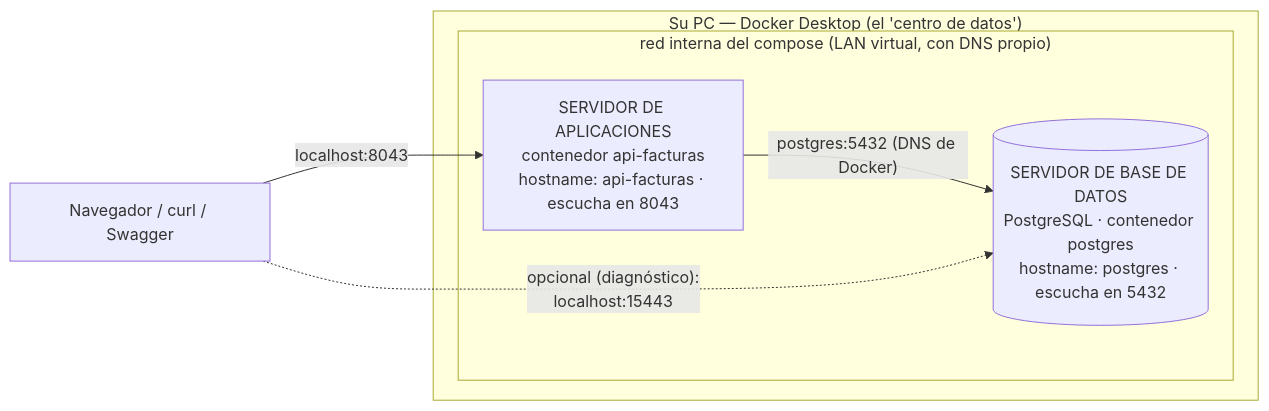
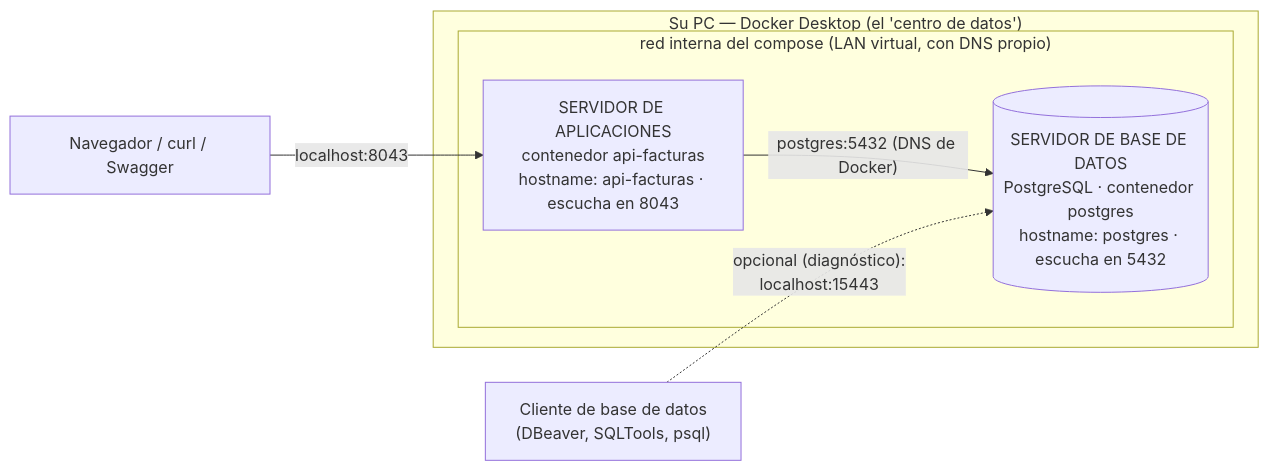
One commit to ccastro2050/proyecto_construccion_de_software2 changed the first of 2 diagrams in docs/CONCEPTOS_DOCKER.md. Above: the diagram before and after it, drawn with Mermaid. The commit also changed other lines of this file, not shown here.

First line of the commit message:
docs(docker): el diagrama sale del docker-compose real, y ninguna flecha miente

````diff
--- a/docs/CONCEPTOS_DOCKER.md
+++ b/docs/CONCEPTOS_DOCKER.md
@@ -193,13 +193,14 @@
 ```mermaid
 flowchart LR
     NAV["Navegador / curl / Swagger"]
+    CLIENTE["Cliente de base de datos<br/>(DBeaver, SQLTools, psql)"]
     subgraph PC["Su PC — Docker Desktop (el 'centro de datos')"]
         subgraph RED["red interna del compose (LAN virtual, con DNS propio)"]
             APIFACTURAS["SERVIDOR DE APLICACIONES<br/>contenedor api-facturas<br/>hostname: api-facturas · escucha en 8043"]
             POSTGRES[("SERVIDOR DE BASE DE DATOS<br/>PostgreSQL · contenedor postgres<br/>hostname: postgres · escucha en 5432")]
         end
     end
     NAV -->|"localhost:8043"| APIFACTURAS
     APIFACTURAS -->|"postgres:5432 (DNS de Docker)"| POSTGRES
-    NAV -.->|"opcional (diagnóstico):<br/>localhost:15443"| POSTGRES
+    CLIENTE -.->|"opcional (diagnóstico):<br/>localhost:15443"| POSTGRES
 ```
````
